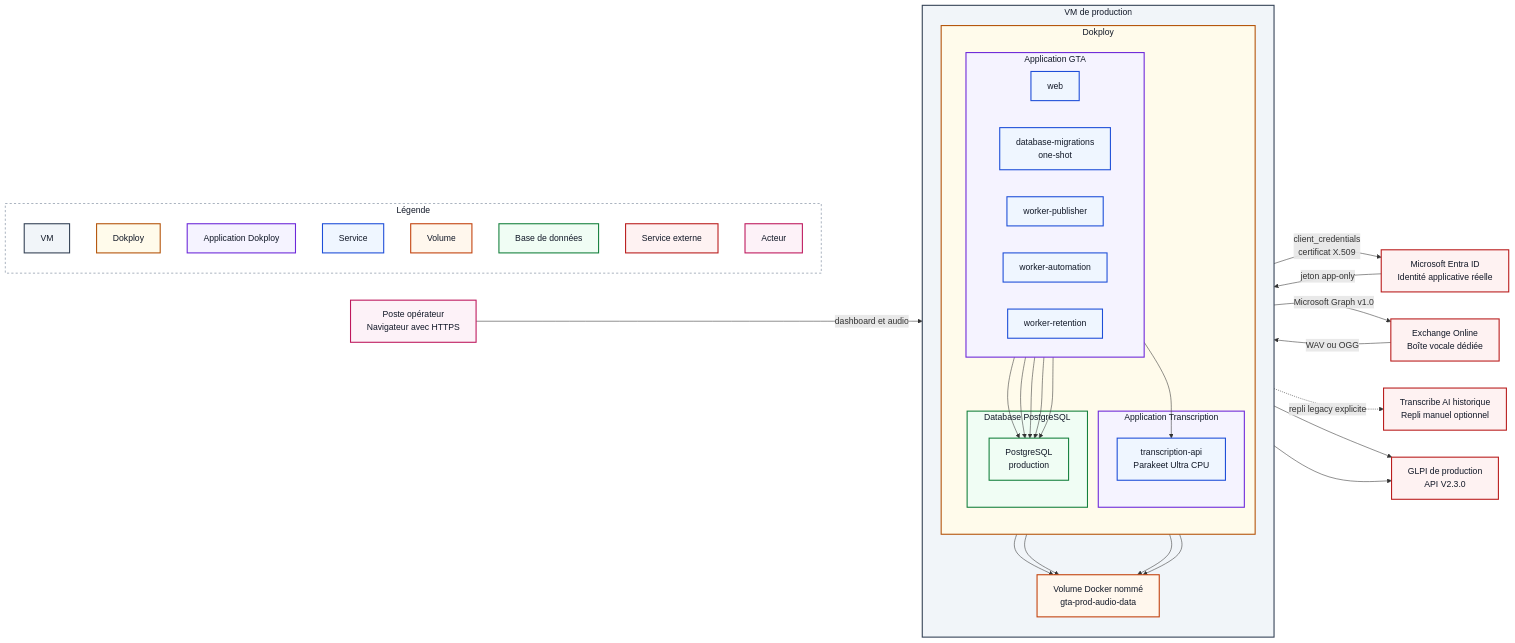
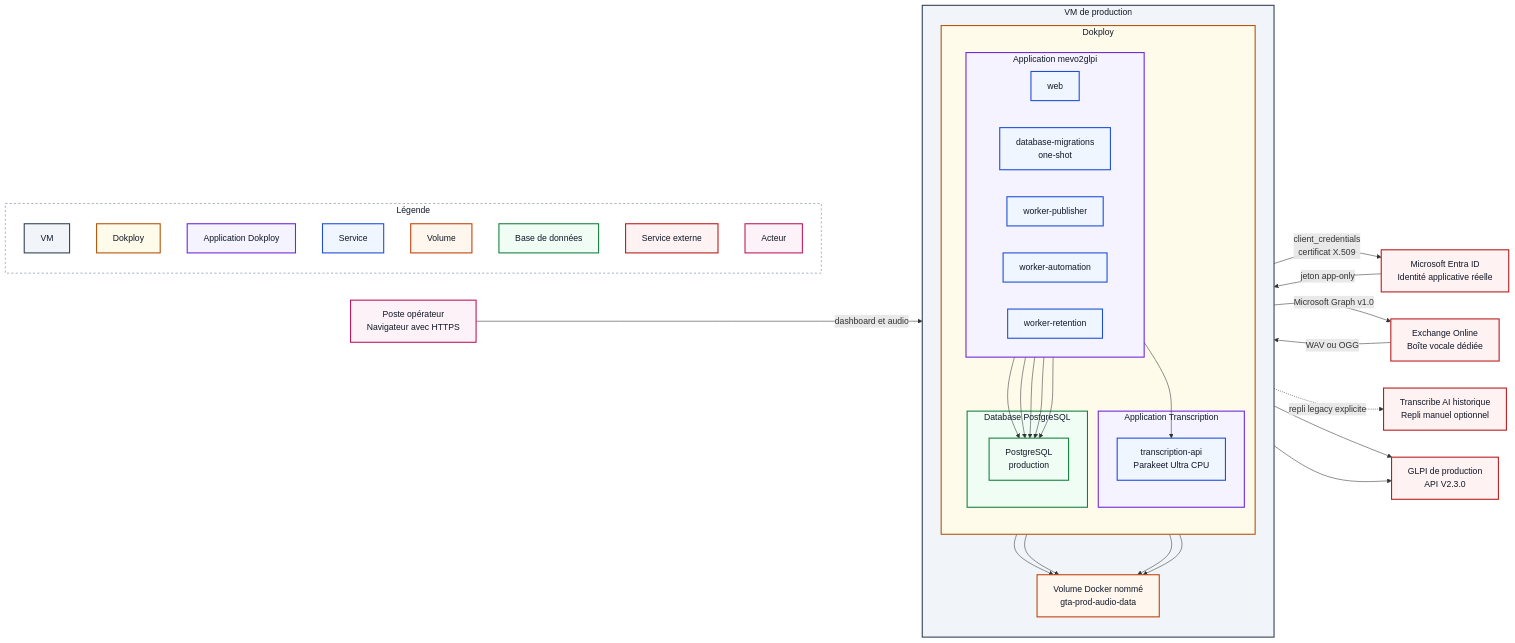
One commit to dev-vauclaire/mevo2glpi changed the diagram in docs/procedures/production.md. Above: the diagram before and after it, drawn with Mermaid. The commit also changed other lines of this file and 23 other files, not shown here.

Commit message:
chore(branding): align metadata with mevo2glpi

```diff
--- a/docs/procedures/production.md
+++ b/docs/procedures/production.md
@@ -41,7 +41,7 @@
                 TRANSCRIBER["transcription-api<br/>Parakeet Ultra CPU"]
             end
 
-            subgraph GTA_APP["Application GTA"]
+            subgraph GTA_APP["Application mevo2glpi"]
                 direction LR
                 WEB["web"]
                 MIGRATIONS["database-migrations<br/>one-shot"]
```
